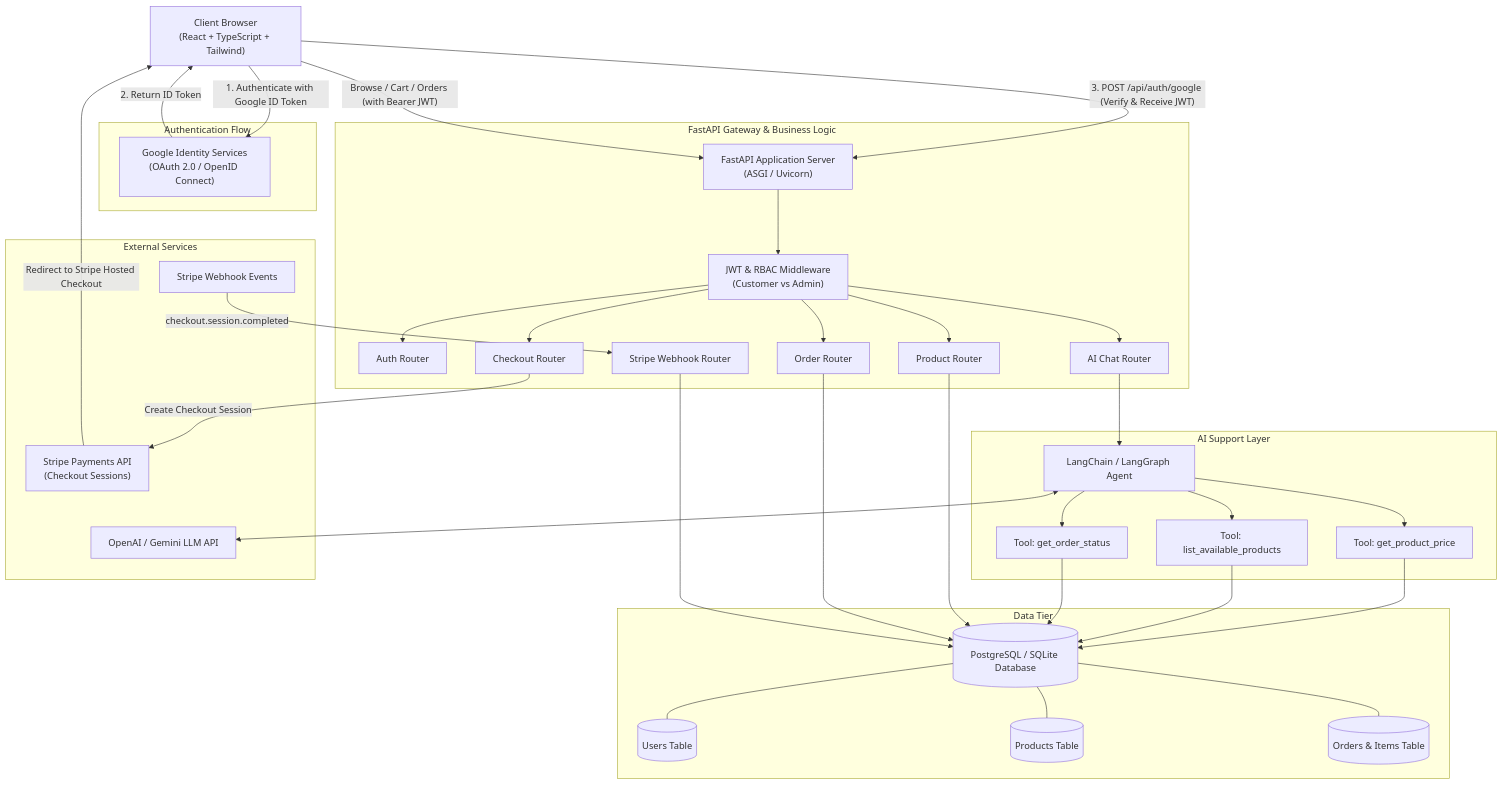
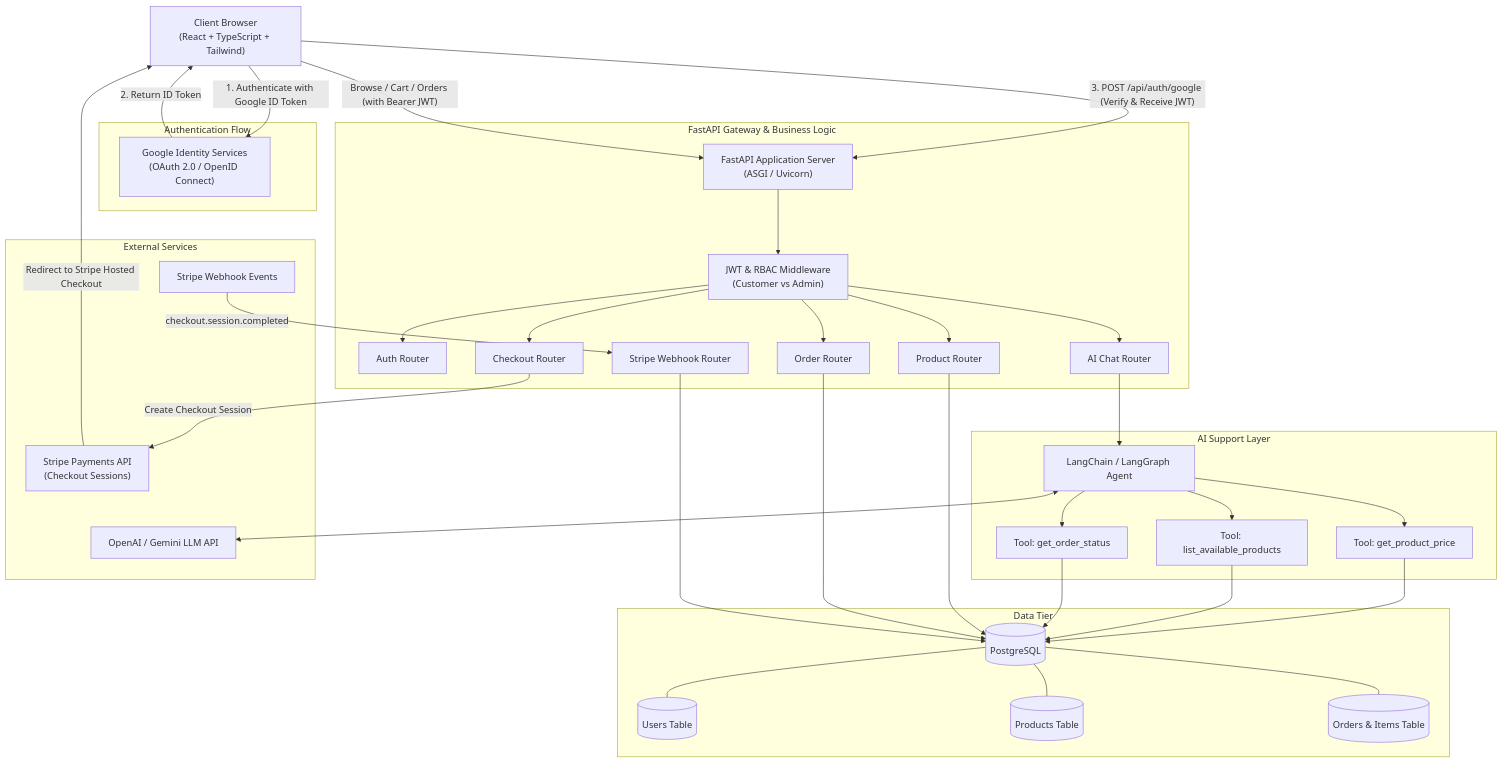
One commit to Soundarya331/hydra-curls-ai-commerce changed the first of 4 diagrams in assignment-2-ecommerce/docs/system_design.md. Above: the diagram before and after it, drawn with Mermaid. The commit also changed other lines of this file and 41 other files, not shown here.

````diff
--- a/assignment-2-ecommerce/docs/system_design.md
+++ b/assignment-2-ecommerce/docs/system_design.md
@@ -9,65 +9,65 @@
 ```mermaid
 flowchart TD
     Client["Client Browser<br/>(React + TypeScript + Tailwind)"]
 
     subgraph Authentication["Authentication Flow"]
         GoogleOAuth["Google Identity Services<br/>(OAuth 2.0 / OpenID Connect)"]
     end
 
     subgraph BackendGateway["FastAPI Gateway & Business Logic"]
         FastAPI["FastAPI Application Server<br/>(ASGI / Uvicorn)"]
         AuthMiddleware["JWT & RBAC Middleware<br/>(Customer vs Admin)"]
         RouterAuth["Auth Router"]
         RouterProd["Product Router"]
         RouterOrder["Order Router"]
         RouterCheckout["Checkout Router"]
         RouterWebhook["Stripe Webhook Router"]
         RouterAI["AI Chat Router"]
     end
 
     subgraph AIDomain["AI Support Layer"]
         LangChainAgent["LangChain / LangGraph Agent"]
         ToolPrice["Tool: get_product_price"]
         ToolStock["Tool: list_available_products"]
         ToolOrder["Tool: get_order_status"]
     end
 
     subgraph DataTier["Data Tier"]
-        DB[(PostgreSQL / SQLite Database)]
+        DB[(PostgreSQL)]
         UsersTable[("Users Table")]
         ProductsTable[("Products Table")]
         OrdersTable[("Orders & Items Table")]
     end
 
     subgraph ThirdParty["External Services"]
         StripeAPI["Stripe Payments API<br/>(Checkout Sessions)"]
         StripeWebhook["Stripe Webhook Events"]
         LLMProvider["OpenAI / Gemini LLM API"]
     end
 
     %% Connections
     Client -->|"1. Authenticate with Google ID Token"| GoogleOAuth
     GoogleOAuth -->|"2. Return ID Token"| Client
     Client -->|"3. POST /api/auth/google (Verify & Receive JWT)"| FastAPI
     
     Client -->|"Browse / Cart / Orders (with Bearer JWT)"| FastAPI
     FastAPI --> AuthMiddleware
     AuthMiddleware --> RouterAuth
     AuthMiddleware --> RouterProd
     AuthMiddleware --> RouterOrder
     AuthMiddleware --> RouterCheckout
     AuthMiddleware --> RouterAI
 
     RouterCheckout -->|"Create Checkout Session"| StripeAPI
     StripeAPI -->|"Redirect to Stripe Hosted Checkout"| Client
     StripeWebhook -->|"checkout.session.completed"| RouterWebhook
 
     RouterAI --> LangChainAgent
     LangChainAgent <--> LLMProvider
     LangChainAgent --> ToolPrice & ToolStock & ToolOrder
 
     ToolPrice & ToolStock & ToolOrder --> DB
     RouterProd & RouterOrder & RouterWebhook --> DB
 
     DB --- UsersTable & ProductsTable & OrdersTable
 ```
````
